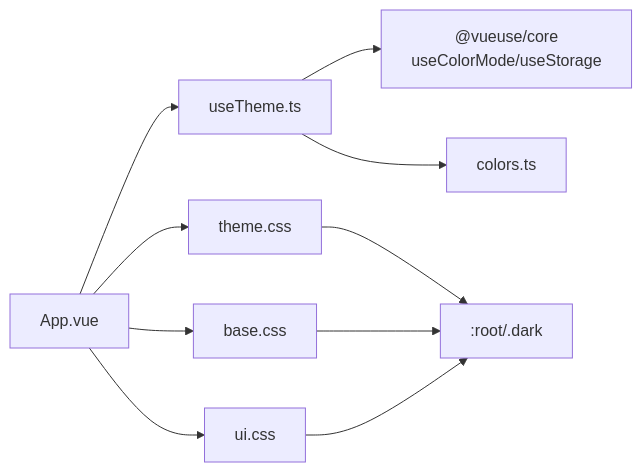
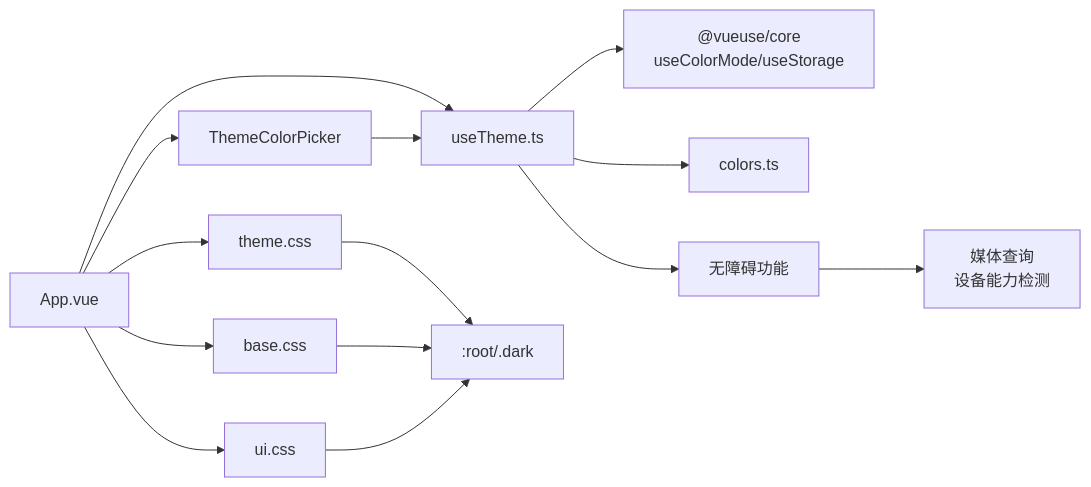
The sixth of 6 diagrams in .qoder/repowiki/zh/content/前端开发/UI组件库/主题系统.md (xixixiaoyu/Todo), drawn with Mermaid before and after one commit. The commit also changed other lines of this file and 3 other files, not shown here.

````diff
--- a/.qoder/repowiki/zh/content/前端开发/UI组件库/主题系统.md
+++ b/.qoder/repowiki/zh/content/前端开发/UI组件库/主题系统.md
@@ -247,12 +324,16 @@
 ```mermaid
 graph LR
 UT["useTheme.ts"] --> CM["@vueuse/core<br/>useColorMode/useStorage"]
 UT --> CL["colors.ts"]
+UT --> AC["无障碍功能"]
+AC --> MQ["媒体查询<br/>设备能力检测"]
 APP["App.vue"] --> UT
 THEME["theme.css"] --> ROOT[":root/.dark"]
 BASE["base.css"] --> ROOT
 UI["ui.css"] --> ROOT
+TCP["ThemeColorPicker"] --> UT
 APP --> THEME
 APP --> BASE
 APP --> UI
+APP --> TCP
 ```
````
